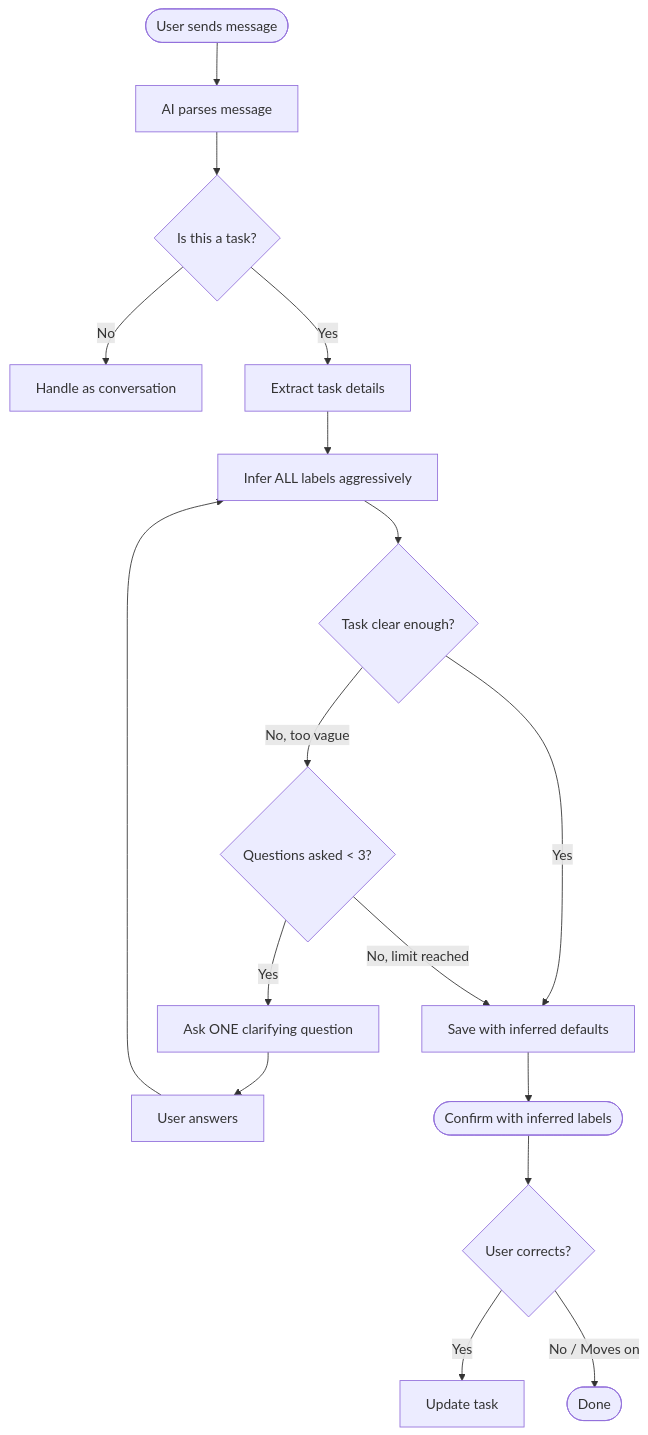
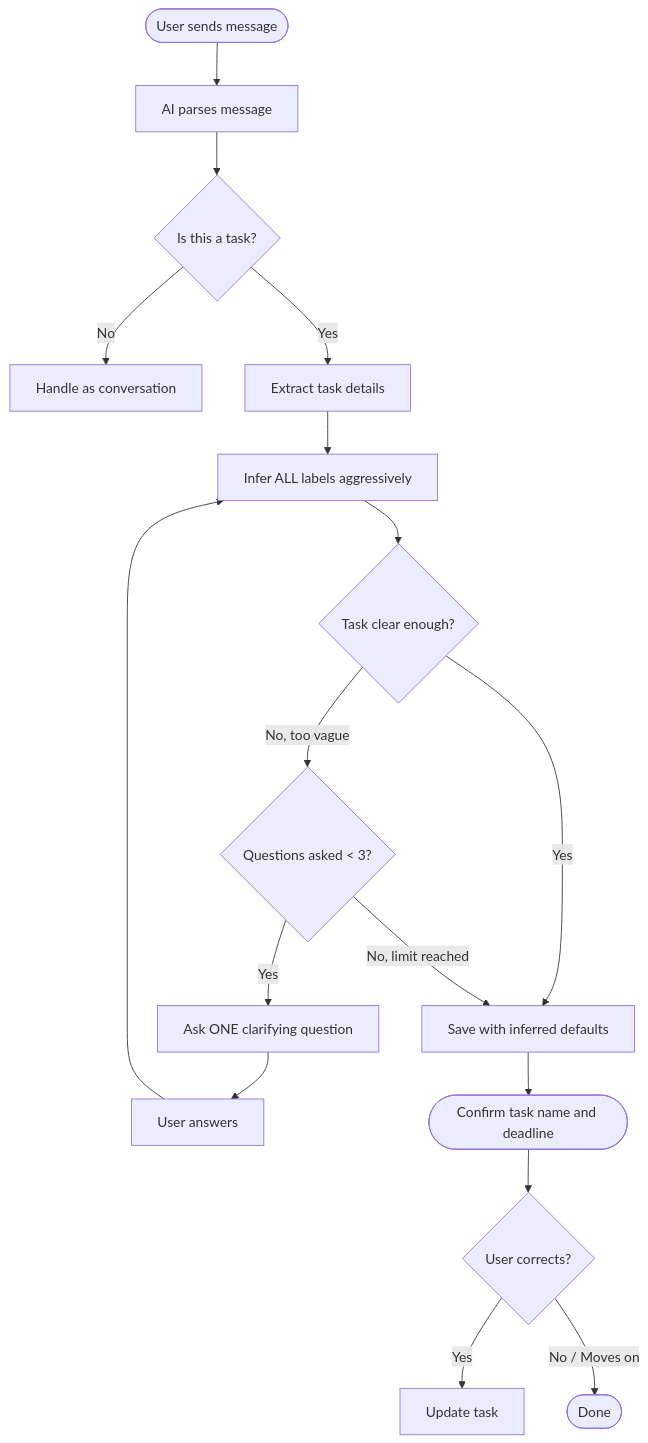
The second of 29 diagrams in docs/task-lifecycle.md (NickBorgersProbably/hide-my-list), drawn with Mermaid before and after one commit. The commit also changed other lines of this file and 63 other files, not shown here.

First line of the commit message:
Classifier examples, intake already-done handoff, one-sentence confirmations, unlisted-report flow, node context (#677)

````diff
--- a/docs/task-lifecycle.md
+++ b/docs/task-lifecycle.md
@@ -77,21 +79,21 @@
 ```mermaid
 flowchart TD
     Start([User sends message]) --> Parse[AI parses message]
     Parse --> IsTask{Is this a task?}
 
     IsTask -->|No| Chat[Handle as conversation]
     IsTask -->|Yes| Extract[Extract task details]
 
     Extract --> Infer[Infer ALL labels aggressively]
     Infer --> Clear{Task clear enough?}
     Clear -->|Yes| Save[Save with inferred defaults]
     Clear -->|No, too vague| AskCount{Questions asked < 3?}
     AskCount -->|Yes| Ask[Ask ONE clarifying question]
     AskCount -->|No, limit reached| Save
     Ask --> UserAnswer[User answers]
     UserAnswer --> Infer
-    Save --> Confirm([Confirm with inferred labels])
+    Save --> Confirm([Confirm task name and deadline])
     Confirm --> Correction{User corrects?}
     Correction -->|Yes| Update[Update task]
     Correction -->|No / Moves on| Done([Done])
 ```
````
